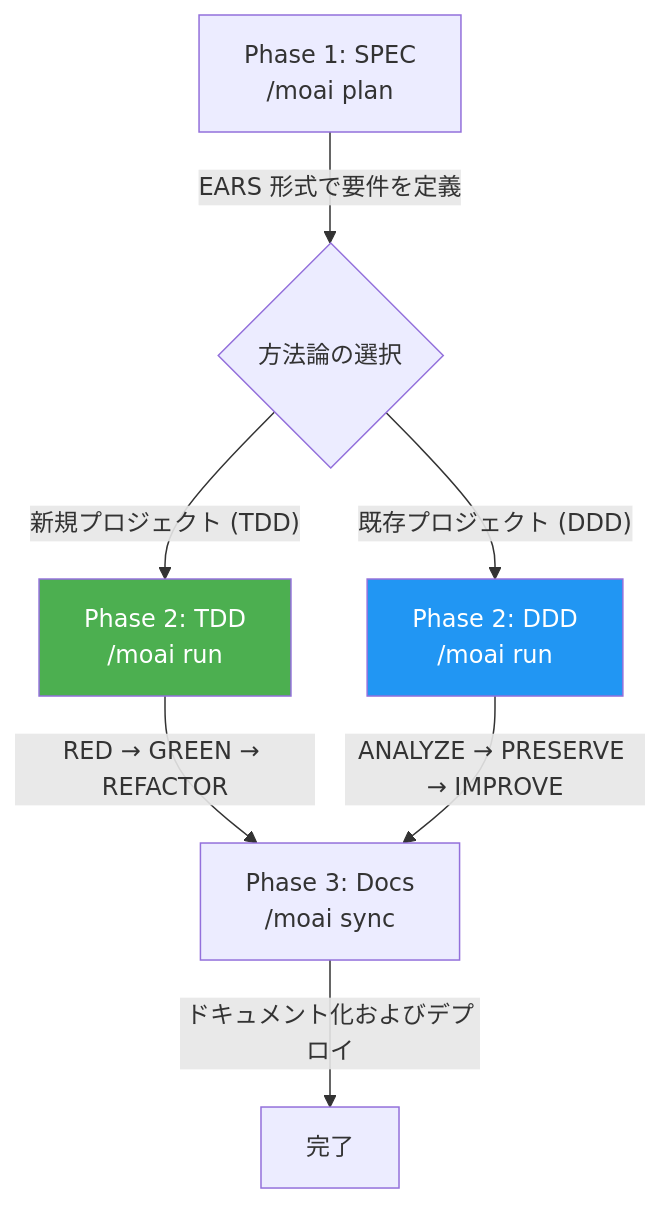
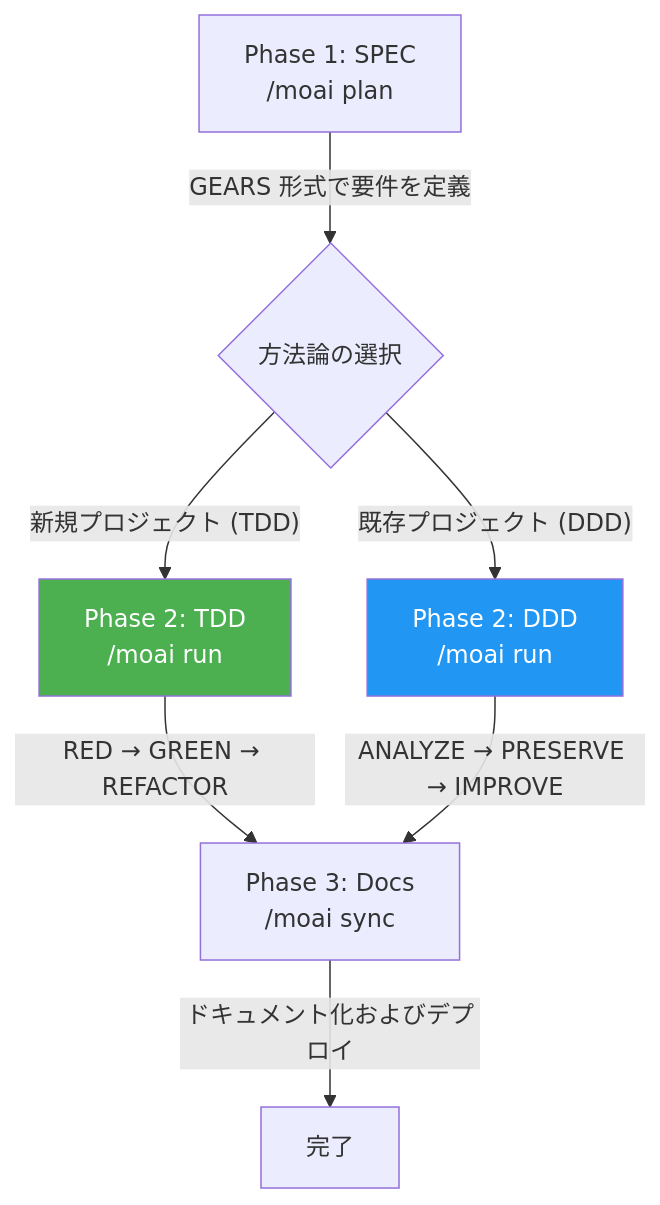
Before and after one commit to modu-ai/moai-adk: the second of 2 diagrams in docs-site/content/ja/getting-started/introduction.md, drawn with Mermaid. The commit also changed other lines of this file and 15 other files, not shown here.

````diff
--- a/docs-site/content/ja/getting-started/introduction.md
+++ b/docs-site/content/ja/getting-started/introduction.md
@@ -213,12 +213,12 @@
 ```mermaid
 flowchart TD
-    A["Phase 1: SPEC<br/>/moai plan"] -->|"EARS 形式で要件を定義"| B{"方法論の選択"}
+    A["Phase 1: SPEC<br/>/moai plan"] -->|"GEARS 形式で要件を定義"| B{"方法論の選択"}
     B -->|"新規プロジェクト (TDD)"| C["Phase 2: TDD<br/>/moai run"]
     B -->|"既存プロジェクト (DDD)"| D["Phase 2: DDD<br/>/moai run"]
     C -->|"RED → GREEN → REFACTOR"| E["Phase 3: Docs<br/>/moai sync"]
     D -->|"ANALYZE → PRESERVE → IMPROVE"| E
     E -->|"ドキュメント化およびデプロイ"| F["完了"]
 
     style C fill:#4CAF50,color:#fff
     style D fill:#2196F3,color:#fff
 ```
````
